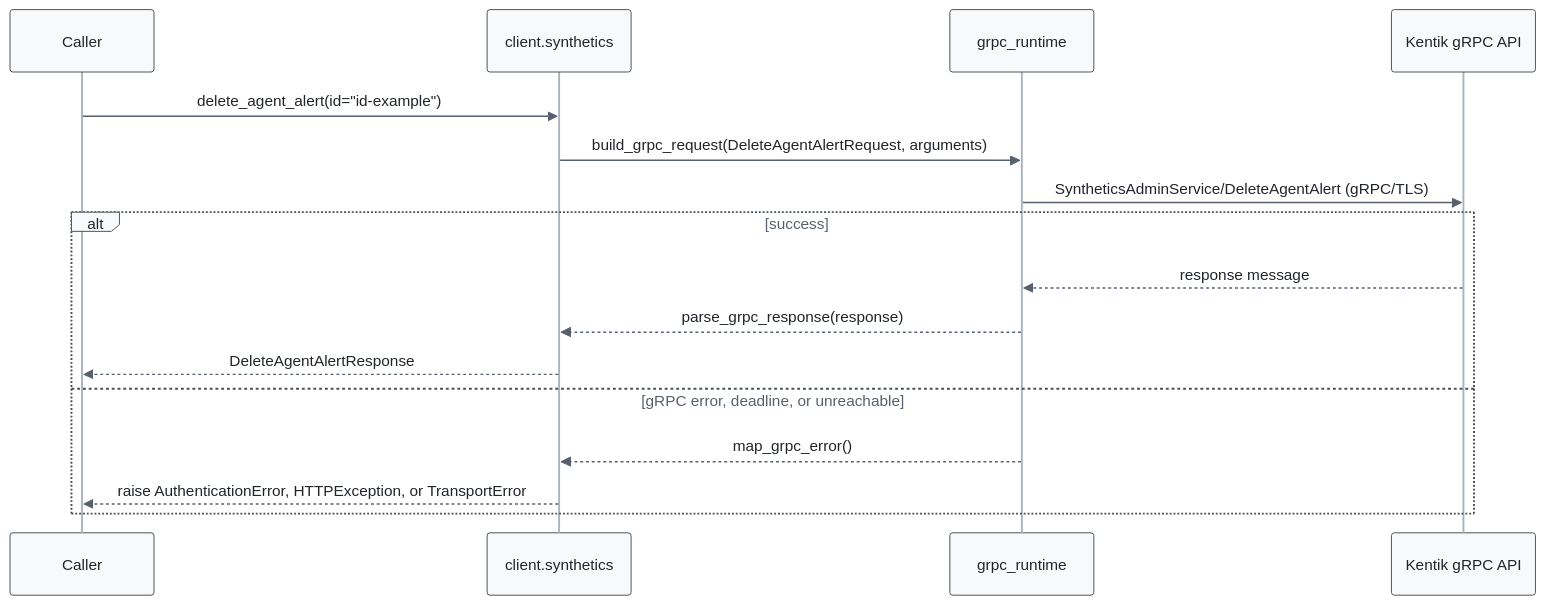
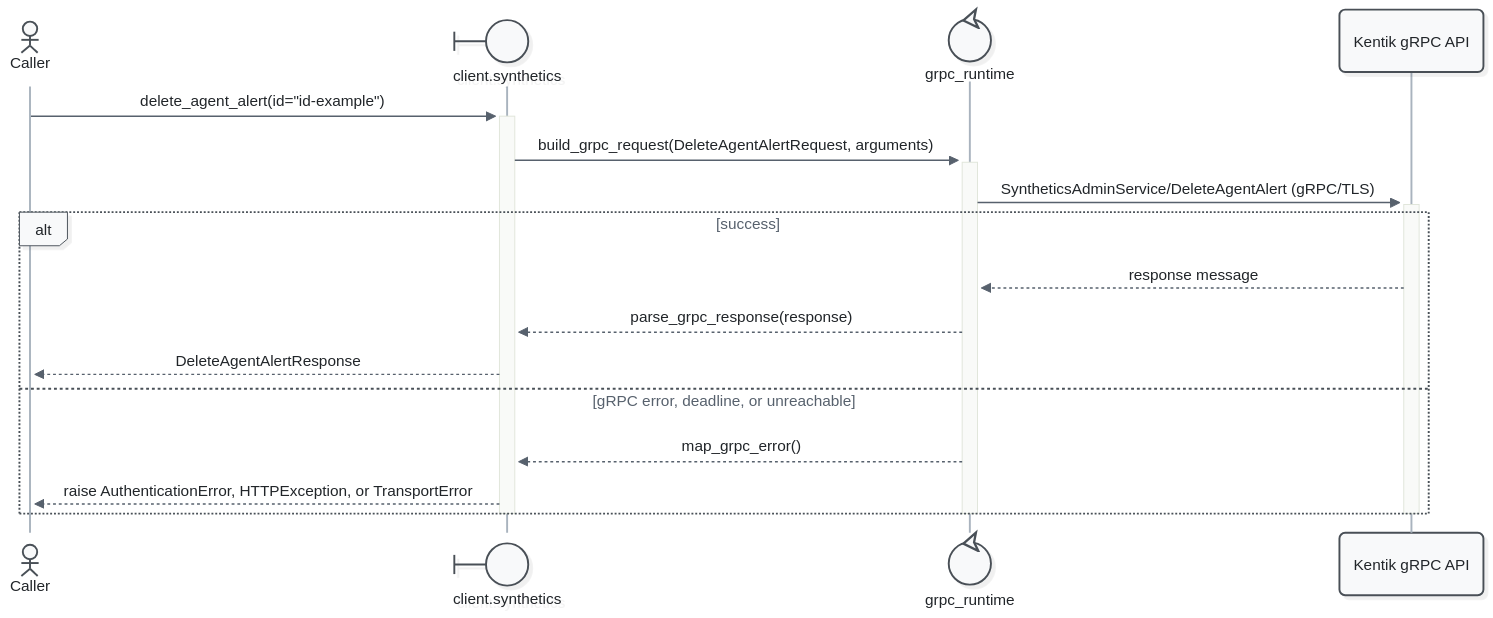
The tenth of 37 diagrams in docs/sphinx/services/synthetics.md (alexdearaujo/community_sdk_python), drawn with Mermaid before and after one commit. The commit also changed other lines of this file and 52 other files, not shown here.

First line of the commit message:
docs: Mermaid 12 sequence diagrams with participant types and path colors

````diff
--- a/docs/sphinx/services/synthetics.md
+++ b/docs/sphinx/services/synthetics.md
@@ -371,20 +393,23 @@
 ```mermaid
-%%{init: {"theme": "base", "fontFamily": "ui-monospace, SFMono-Regular, Menlo, monospace", "themeVariables": {"fontFamily": "ui-monospace, SFMono-Regular, Menlo, monospace", "primaryColor": "#f8f9fa", "primaryBorderColor": "#495057", "primaryTextColor": "#212529", "textColor": "#212529", "lineColor": "#77818c", "edgeLabelBackground": "#ffffff", "actorBkg": "#f8f9fa", "actorBorder": "#495057", "actorTextColor": "#212529", "actorLineColor": "#a9b3be", "signalColor": "#57616d", "signalTextColor": "#212529", "labelBoxBkgColor": "#f8f9fa", "labelBoxBorderColor": "#495057", "labelTextColor": "#212529", "loopTextColor": "#57616d", "noteBkgColor": "#fff9db", "noteBorderColor": "#f08c00", "noteTextColor": "#a35a00"}, "flowchart": {"curve": "step", "nodeSpacing": 30, "rankSpacing": 70, "wrappingWidth": 400}}}%%
+%%{init: {"theme": "redux", "look": "neo", "layout": "dagre", "fontFamily": "ui-monospace, SFMono-Regular, Menlo, monospace", "themeVariables": {"fontFamily": "ui-monospace, SFMono-Regular, Menlo, monospace", "primaryColor": "#f8f9fa", "primaryBorderColor": "#495057", "primaryTextColor": "#212529", "textColor": "#212529", "lineColor": "#77818c", "edgeLabelBackground": "#ffffff", "actorBkg": "#f8f9fa", "actorBorder": "#495057", "actorTextColor": "#212529", "actorLineColor": "#a9b3be", "signalColor": "#57616d", "signalTextColor": "#212529", "labelBoxBkgColor": "#f8f9fa", "labelBoxBorderColor": "#495057", "labelTextColor": "#212529", "loopTextColor": "#57616d", "noteBkgColor": "#fff9db", "noteBorderColor": "#f08c00", "noteTextColor": "#a35a00"}, "sequence": {"activationWidth": 16}, "flowchart": {"curve": "step", "nodeSpacing": 30, "rankSpacing": 70, "wrappingWidth": 400}}}%%
 sequenceDiagram
-    participant C as Caller
-    participant W as client.synthetics
-    participant R as grpc_runtime
+    actor C as Caller
+    participant W@{ "type": "boundary" } as client.synthetics
+    participant R@{ "type": "control" } as grpc_runtime
     participant API as Kentik gRPC API
 
-    C->>W: delete_agent_alert(id="id-example")
-    W->>R: build_grpc_request(DeleteAgentAlertRequest, arguments)
-    R->>API: SyntheticsAdminService/DeleteAgentAlert (gRPC/TLS)
+    C->>+W: delete_agent_alert(id="id-example")
+    W->>+R: build_grpc_request(DeleteAgentAlertRequest, arguments)
+    R->>+API: SyntheticsAdminService/DeleteAgentAlert (gRPC/TLS)
     alt success
         API-->>R: response message
         R-->>W: parse_grpc_response(response)
         W-->>C: DeleteAgentAlertResponse
     else gRPC error, deadline, or unreachable
         R-->>W: map_grpc_error()
         W-->>C: raise AuthenticationError, HTTPException, or TransportError
     end
+    deactivate API
+    deactivate R
+    deactivate W
 ```
````
